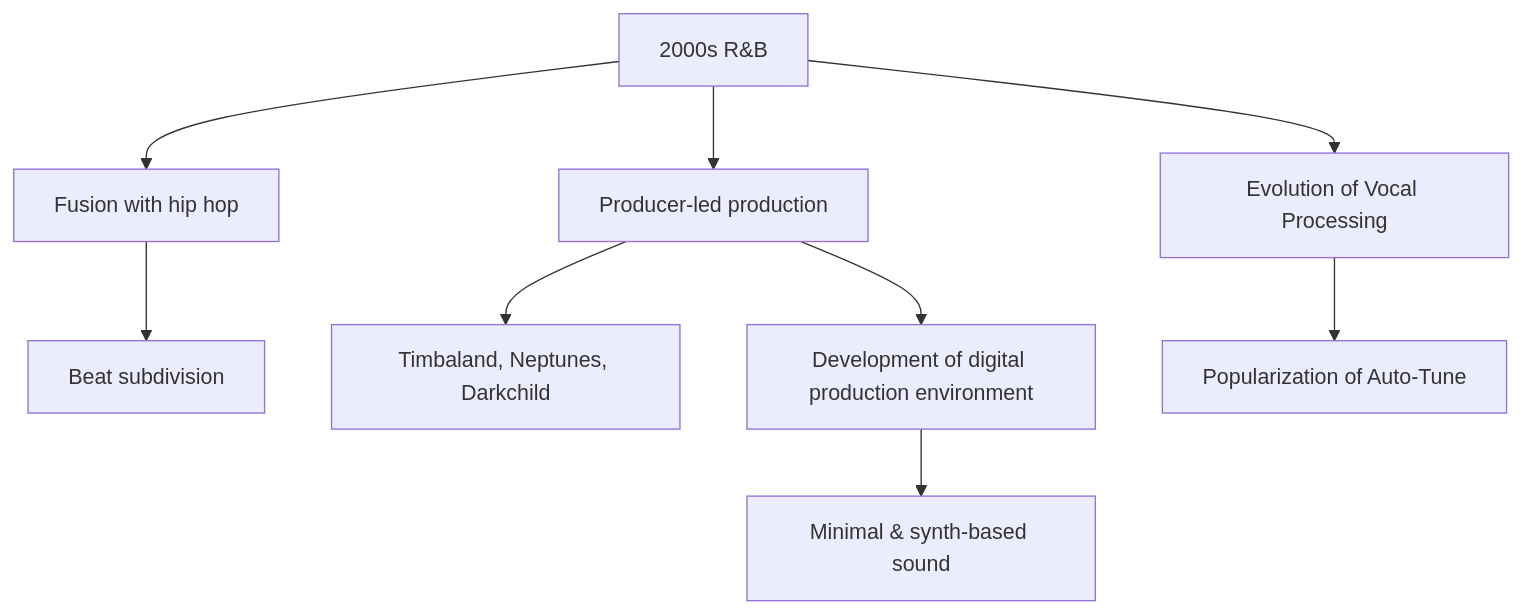
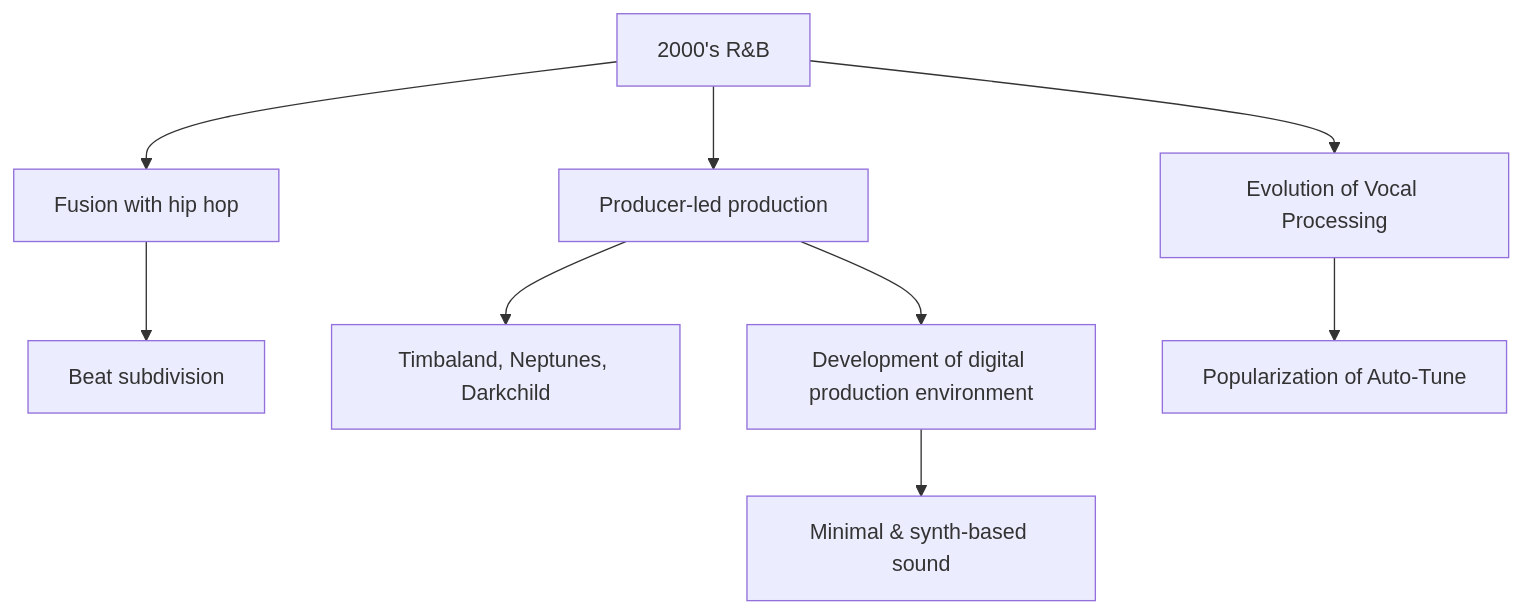
One commit to monumental-movement/monumental-movement.github.io changed the second of 2 diagrams in en/_posts/2025-11-20-column-2000s-r-and-b.md. Above: the diagram before and after it, drawn with Mermaid. The commit also changed other lines of this file and 252 other files, not shown here.

```diff
--- a/en/_posts/2025-11-20-column-2000s-r-and-b.md
+++ b/en/_posts/2025-11-20-column-2000s-r-and-b.md
@@ -252,15 +252,15 @@
 <div class="mermaid">
 
 flowchart TD
 
-A["2000s R&B"] --> B["Fusion with hip hop"]
+A["2000's R&B"] --> B["Fusion with hip hop"]
 A --> C["Producer-led production"]
 A --> D["Evolution of Vocal Processing"]
 B --> E["Beat subdivision"]
 C --> F["Timbaland, Neptunes, Darkchild"]
 D --> G["Popularization of Auto-Tune"]
 C --> H["Development of digital production environment"]
 H --> I["Minimal & synth-based sound"]
 
 
 </div>
```
